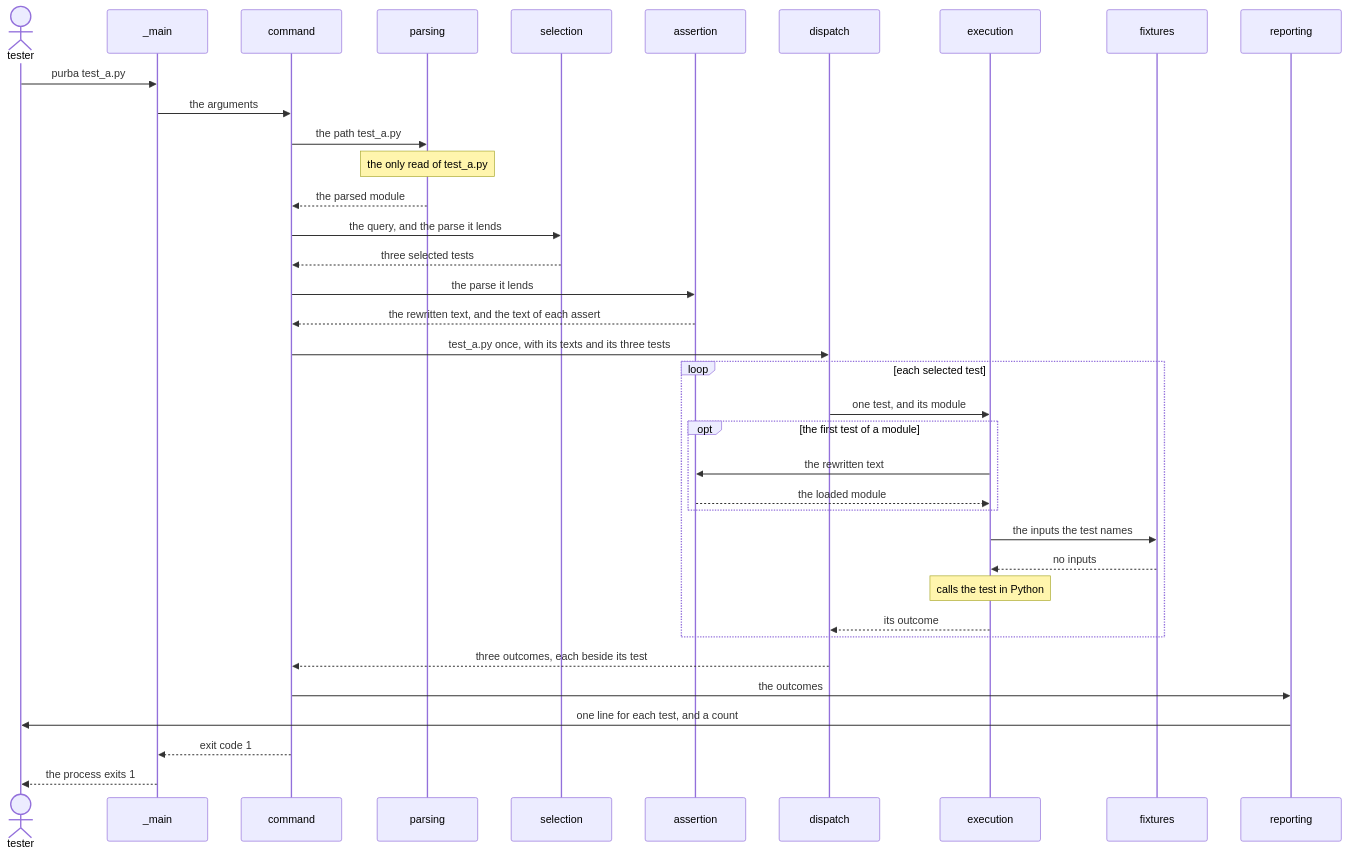
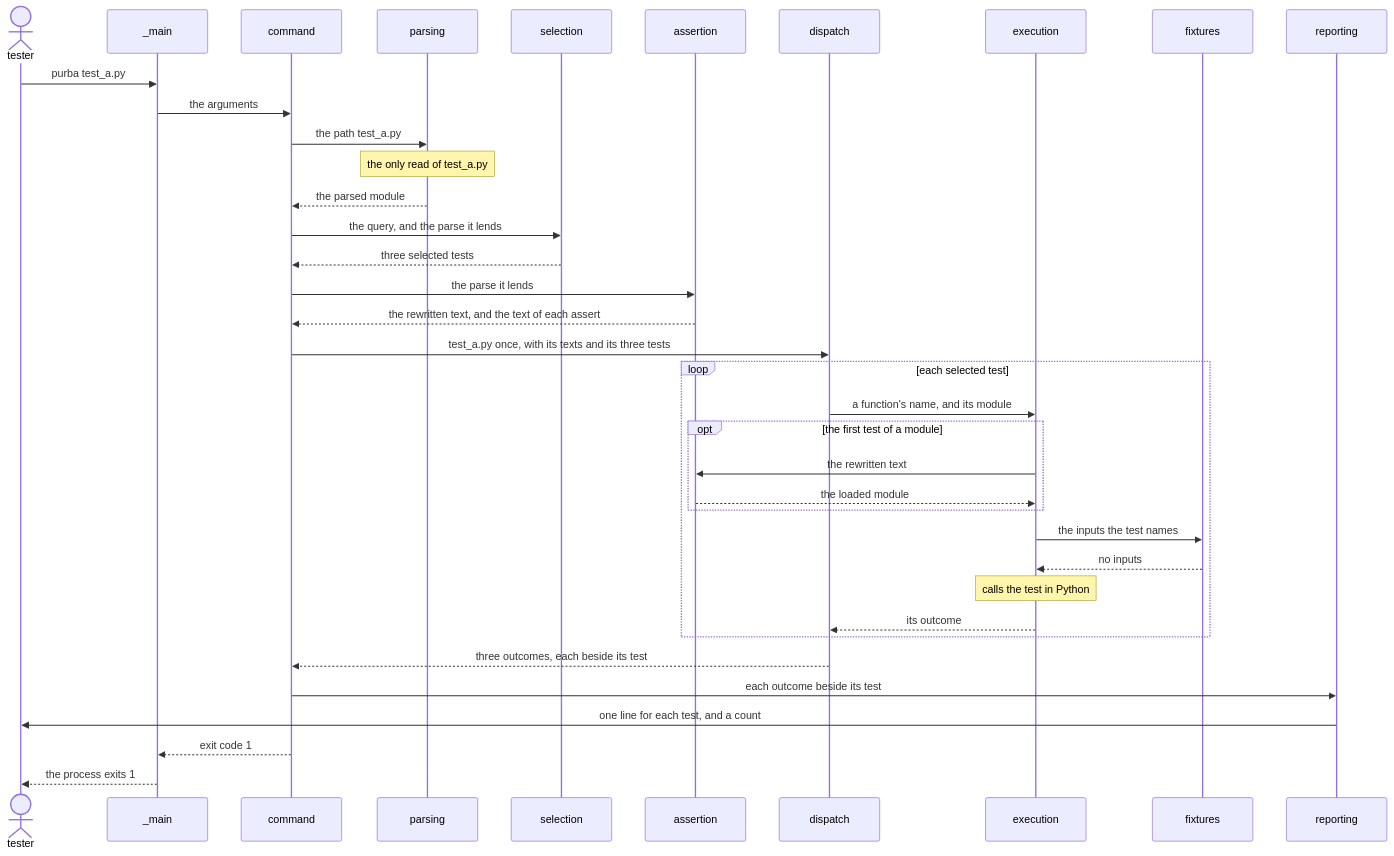
Before and after one commit to kalonji-tools/purba: the third of 3 diagrams in LANDSCAPE.md, drawn with Mermaid. The commit also changed other lines of this file, not shown here.

Commit message:
docs: name what execution and reporting take in one run (#563)

````diff
--- a/LANDSCAPE.md
+++ b/LANDSCAPE.md
@@ -84,39 +84,39 @@
 ```mermaid
 sequenceDiagram
   actor tester
   participant main as _main
   participant command
   participant parsing
   participant selection
   participant assertion
   participant dispatch
   participant execution
   participant fixtures
   participant reporting
   tester ->> main: purba test_a.py
   main ->> command: the arguments
   command ->> parsing: the path test_a.py
   Note over parsing: the only read of test_a.py
   parsing -->> command: the parsed module
   command ->> selection: the query, and the parse it lends
   selection -->> command: three selected tests
   command ->> assertion: the parse it lends
   assertion -->> command: the rewritten text, and the text of each assert
   command ->> dispatch: test_a.py once, with its texts and its three tests
   loop each selected test
-    dispatch ->> execution: one test, and its module
+    dispatch ->> execution: a function's name, and its module
     opt the first test of a module
       execution ->> assertion: the rewritten text
       assertion -->> execution: the loaded module
     end
     execution ->> fixtures: the inputs the test names
     fixtures -->> execution: no inputs
     Note over execution: calls the test in Python
     execution -->> dispatch: its outcome
   end
   dispatch -->> command: three outcomes, each beside its test
-  command ->> reporting: the outcomes
+  command ->> reporting: each outcome beside its test
   reporting ->> tester: one line for each test, and a count
   command -->> main: exit code 1
   main -->> tester: the process exits 1
 ```
````
